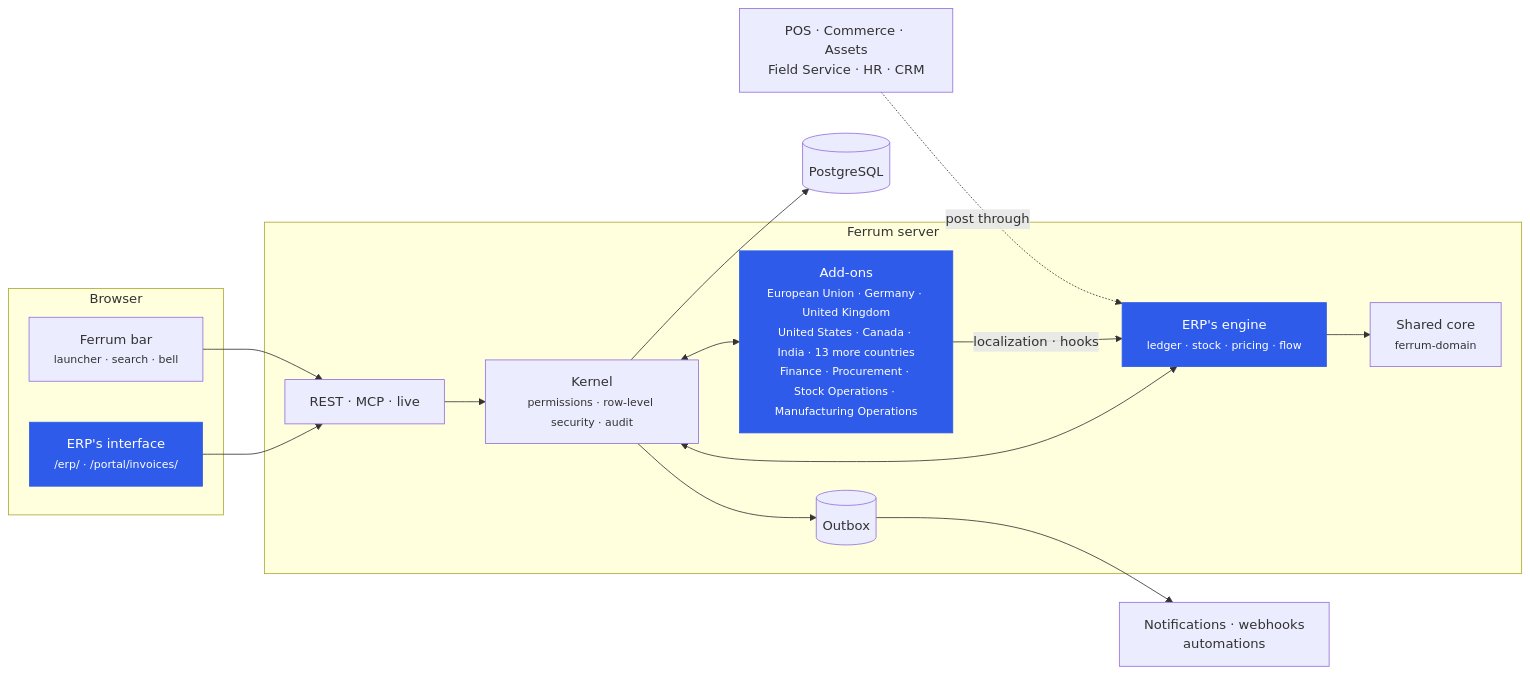
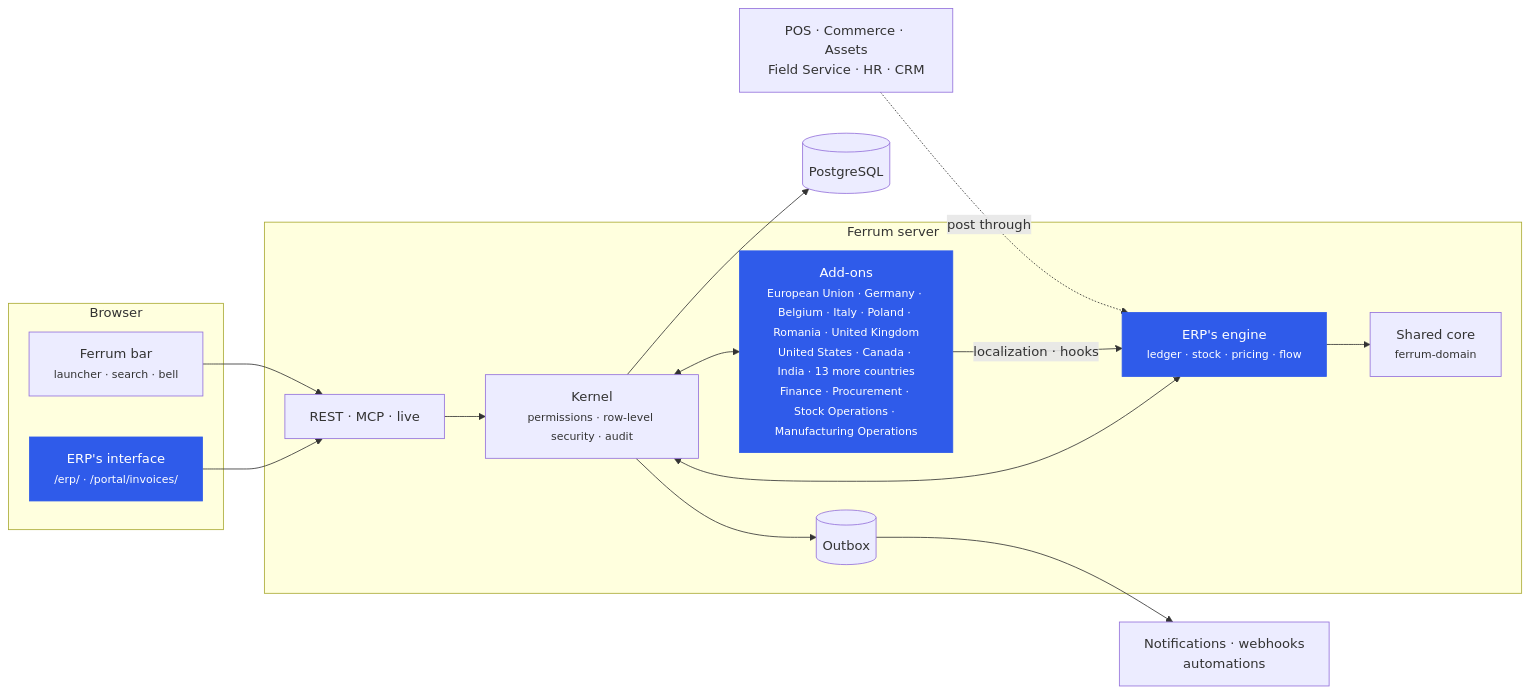
One commit to CBFerrum/ferrum-app-erp changed the second of 3 diagrams in README.md. Above: the diagram before and after it, drawn with Mermaid. The commit also changed other lines of this file, not shown here.

Commit message:
README: Belgium, Italy, Poland and Romania (ferrum-eu-members: Peppol, SDI, KSeF, e-Factura) and the EU 0.1.4

````diff
--- a/README.md
+++ b/README.md
@@ -176,26 +179,26 @@
 ```mermaid
 flowchart LR
     subgraph Browser
         UI["ERP's interface<br/><small>/erp/ · /portal/invoices/</small>"]
         BAR["Ferrum bar<br/><small>launcher · search · bell</small>"]
     end
     subgraph Server["Ferrum server"]
         API["REST · MCP · live"]
         K["Kernel<br/><small>permissions · row-level security · audit</small>"]
         ENG["ERP's engine<br/><small>ledger · stock · pricing · flow</small>"]
-        ADD["Add-ons<br/><small>European Union · Germany · United Kingdom<br/>United States · Canada · India · 13 more countries<br/>Finance · Procurement · Stock Operations · Manufacturing Operations</small>"]
+        ADD["Add-ons<br/><small>European Union · Germany · Belgium · Italy · Poland · Romania · United Kingdom<br/>United States · Canada · India · 13 more countries<br/>Finance · Procurement · Stock Operations · Manufacturing Operations</small>"]
         CORE["Shared core<br/><small>ferrum-domain</small>"]
         OB[("Outbox")]
     end
     DB[("PostgreSQL")]
     UI --> API --> K --> DB
     BAR --> API
     K <--> ENG
     K <--> ADD
     ADD -->|localization · hooks| ENG
     ENG --> CORE
     K --> OB --> EV["Notifications · webhooks<br/>automations"]
     APPS["POS · Commerce · Assets<br/>Field Service · HR · CRM"] -. post through .-> ENG
     classDef erp fill:#2f5bea,color:#fff,stroke:#2f5bea
     class UI,ENG,ADD erp
 ```
````
